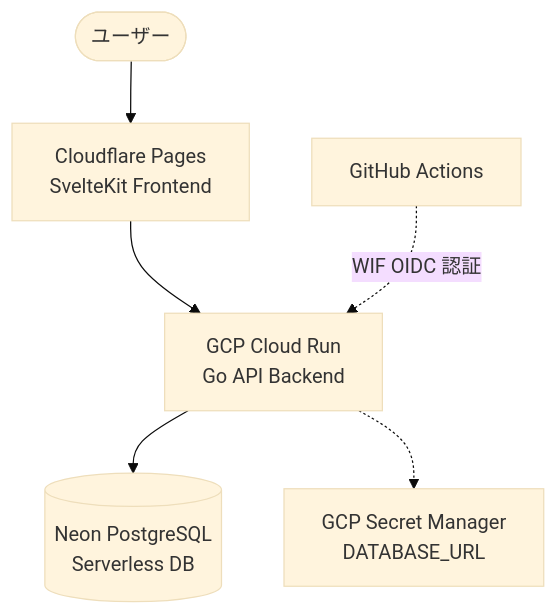
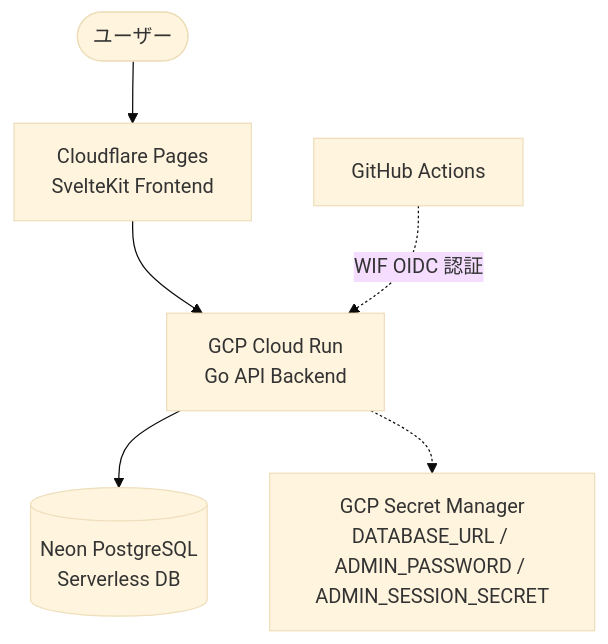
One commit to kikudesuyo/buildlog changed the diagram in README.md. Above: the diagram before and after it, drawn with Mermaid (base theme). The commit also changed other lines of this file and 16 other files, not shown here.

Commit message:
protect admin API with GCP-backed JWT auth

````diff
--- a/README.md
+++ b/README.md
@@ -11,9 +11,9 @@
 ```mermaid
 graph TD
     User([ユーザー]) --> CF[Cloudflare Pages<br/>SvelteKit Frontend]
     CF --> CR[GCP Cloud Run<br/>Go API Backend]
     CR --> Neon[(Neon PostgreSQL<br/>Serverless DB)]
-    CR -.-> SM[GCP Secret Manager<br/>DATABASE_URL]
+    CR -.-> SM[GCP Secret Manager<br/>DATABASE_URL / ADMIN_PASSWORD / ADMIN_SESSION_SECRET]
     
     GA[GitHub Actions] -.->|WIF OIDC 認証| CR
 ```
````
